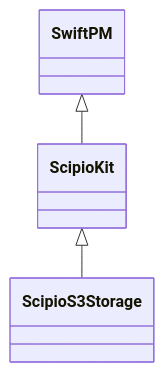
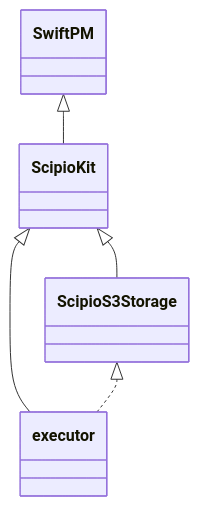
The first of 2 diagrams in README.md (giginet/scipio-cache-storage), drawn with Mermaid before and after one commit.

Commit message:
Add executor on before

````diff
--- a/README.md
+++ b/README.md
@@ -16,11 +16,15 @@
 ```mermaid
 classDiagram
     object SwiftPM
 
     object ScipioKit
 
     object ScipioS3Storage
 
+    object executor
+
     SwiftPM <|-- ScipioKit
     ScipioKit <|-- ScipioS3Storage
+    ScipioKit <|-- executor
+    ScipioS3Storage <|.. executor
 ```
````
